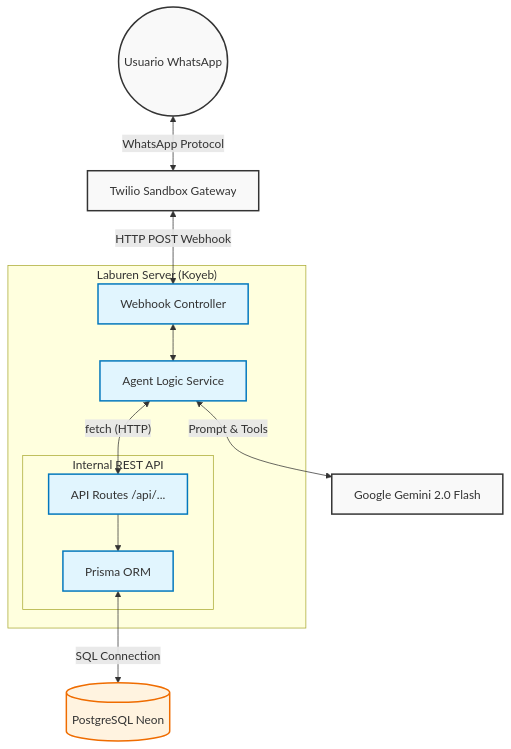
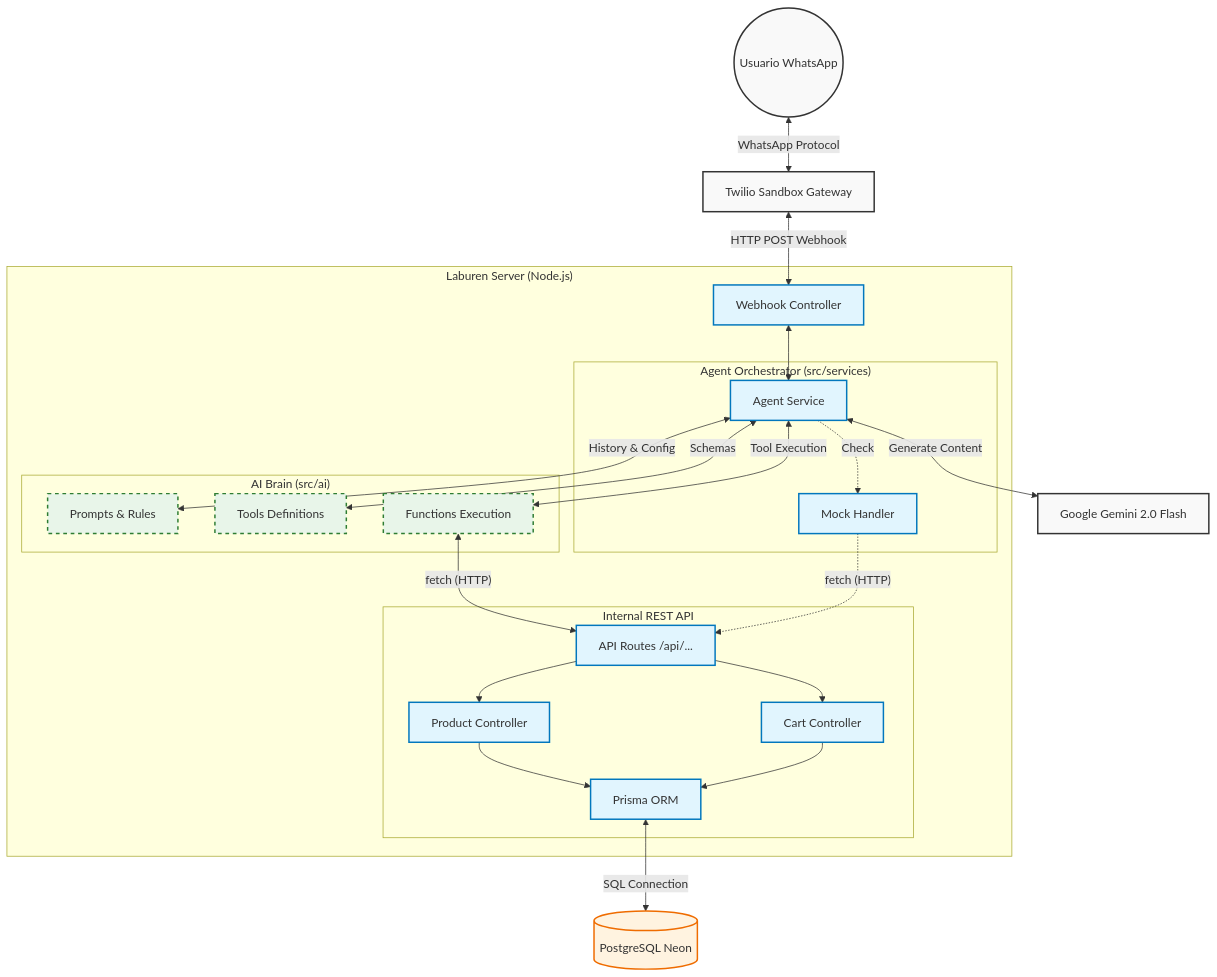
Before and after one commit to AFacundoOrtiz/laburen-ai-agent: the first of 4 diagrams in docs/DIAGRAMS.md, drawn with Mermaid. The commit also changed other lines of this file and 2 other files, not shown here.

Commit message:
docs: documentos README.md, DIAGRAMS.md y CONCEPTUAL_DESIGN.md actualizados

````diff
--- a/docs/DIAGRAMS.md
+++ b/docs/DIAGRAMS.md
@@ -9,37 +9,59 @@
 ```mermaid
 graph TD
     %% Estilos
     classDef external fill:#f9f9f9,stroke:#333,stroke-width:2px;
     classDef core fill:#e1f5fe,stroke:#0277bd,stroke-width:2px;
+    classDef ai_mod fill:#e8f5e9,stroke:#2e7d32,stroke-width:2px,stroke-dasharray: 5 5;
     classDef storage fill:#fff3e0,stroke:#ef6c00,stroke-width:2px;
 
     %% Nodos Externos
     User((Usuario WhatsApp)):::external
     Twilio[Twilio Sandbox Gateway]:::external
     Gemini[Google Gemini 2.0 Flash]:::external
 
     %% Nodos Internos
-    subgraph "Laburen Server (Koyeb)"
+    subgraph "Laburen Server (Node.js)"
         Webhook[Webhook Controller]:::core
-        AgentService[Agent Logic Service]:::core
         
+        subgraph "Agent Orchestrator (src/services)"
+            AgentService[Agent Service]:::core
+            MockHandler[Mock Handler]:::core
+        end
+
+        subgraph "AI Brain (src/ai)"
+            Prompts[Prompts & Rules]:::ai_mod
+            ToolsDef[Tools Definitions]:::ai_mod
+            FuncExec[Functions Execution]:::ai_mod
+        end
+
         subgraph "Internal REST API"
             API_Gateway[API Routes /api/...]:::core
+            ProductCtrl[Product Controller]:::core
+            CartCtrl[Cart Controller]:::core
             Prisma[Prisma ORM]:::core
         end
     end
 
     DB[(PostgreSQL Neon)]:::storage
 
     %% Conexiones
     User <-->|WhatsApp Protocol| Twilio
     Twilio <-->|HTTP POST Webhook| Webhook
     Webhook <--> AgentService
-    AgentService <-->|"Prompt & Tools"| Gemini
     
-    %% CORRECCIÓN AQUÍ: Comillas dobles agregadas
-    AgentService <-->|"fetch (HTTP)"| API_Gateway
-    
-    API_Gateway --> Prisma
+    %% Lógica de Agente
+    AgentService -.->|Check| MockHandler
+    AgentService <-->|History & Config| Prompts
+    AgentService <-->|Schemas| ToolsDef
+    AgentService <-->|Generate Content| Gemini
+    AgentService <-->|Tool Execution| FuncExec
+
+    %% Consumo de API
+    FuncExec <-->|"fetch (HTTP)"| API_Gateway
+    MockHandler -.->|"fetch (HTTP)"| API_Gateway
+
+    %% Capa de Datos
+    API_Gateway --> ProductCtrl & CartCtrl
+    ProductCtrl & CartCtrl --> Prisma
     Prisma <-->|SQL Connection| DB
 ```
````
